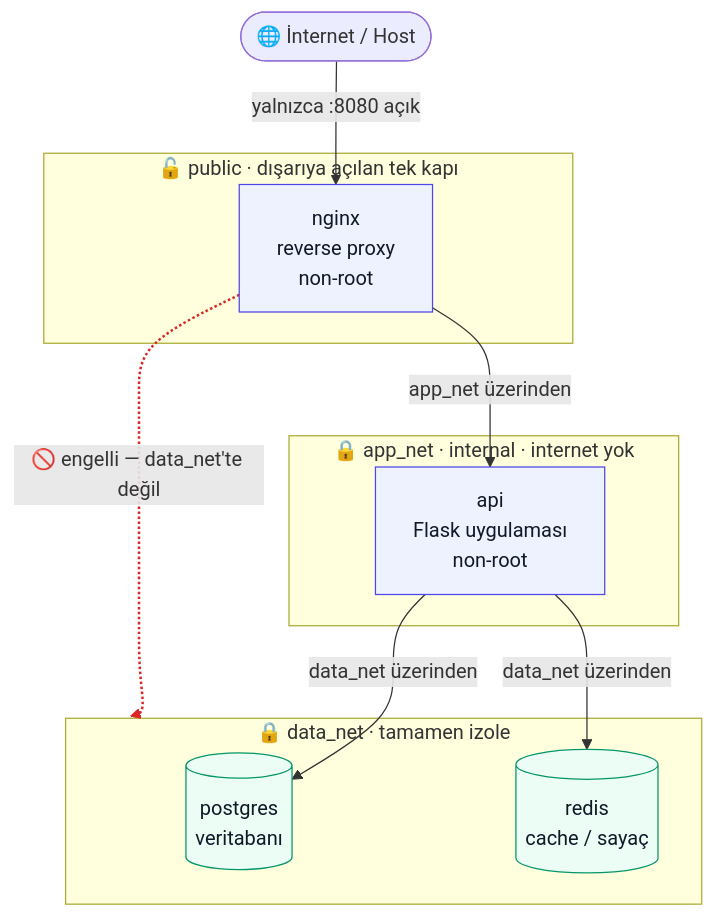
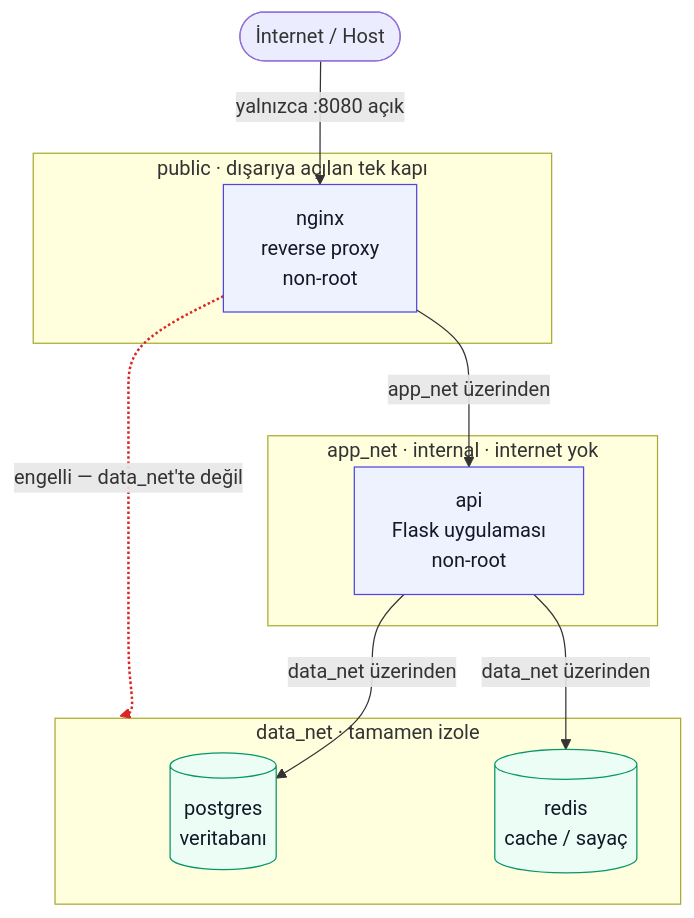
The diagram in README.tr.md (furkan-akkaya/capstone-docker), drawn with Mermaid before and after one commit. The commit also changed other lines of this file and 1 other file, not shown here.

````diff
--- a/README.tr.md
+++ b/README.tr.md
@@ -43,29 +43,29 @@
 ```mermaid
 flowchart TB
-    client(["🌐 İnternet / Host"])
+    client(["İnternet / Host"])
 
-    subgraph PUB["🔓 public · dışarıya açılan tek kapı"]
+    subgraph PUB["public · dışarıya açılan tek kapı"]
         nginx["nginx<br/>reverse proxy<br/>non-root"]
     end
 
-    subgraph APP["🔒 app_net · internal · internet yok"]
+    subgraph APP["app_net · internal · internet yok"]
         api["api<br/>Flask uygulaması<br/>non-root"]
     end
 
-    subgraph DATA["🔒 data_net · tamamen izole"]
+    subgraph DATA["data_net · tamamen izole"]
         postgres[("postgres<br/>veritabanı")]
         redis[("redis<br/>cache / sayaç")]
     end
 
     client -->|"yalnızca :8080 açık"| nginx
     nginx -->|"app_net üzerinden"| api
     api -->|"data_net üzerinden"| postgres
     api -->|"data_net üzerinden"| redis
-    nginx -. "🚫 engelli — data_net'te değil" .-> DATA
+    nginx -. "engelli — data_net'te değil" .-> DATA
 
     classDef svc fill:#eef2ff,stroke:#4f46e5,color:#111827;
     classDef db fill:#ecfdf5,stroke:#059669,color:#111827;
     class nginx,api svc;
     class postgres,redis db;
     linkStyle 4 stroke:#dc2626,stroke-width:2px;
 ```
````
